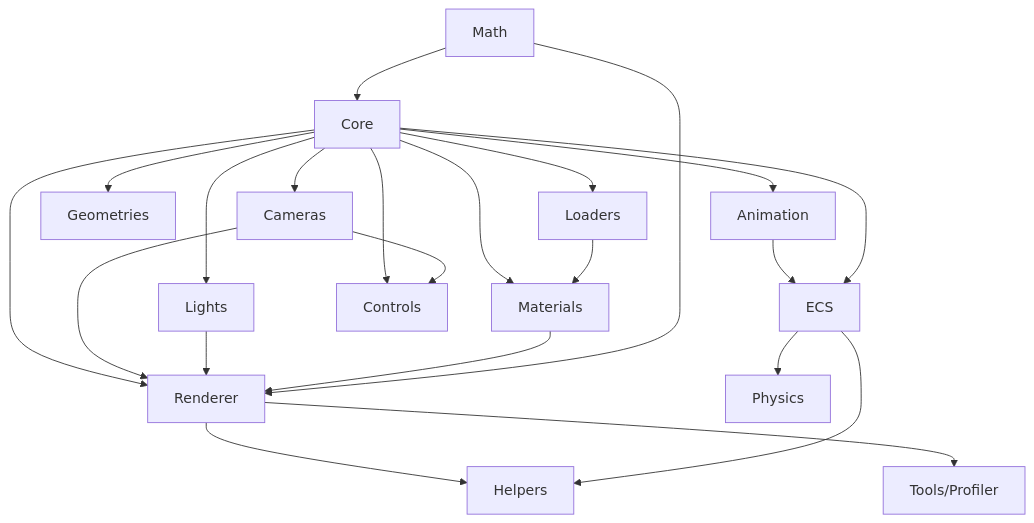
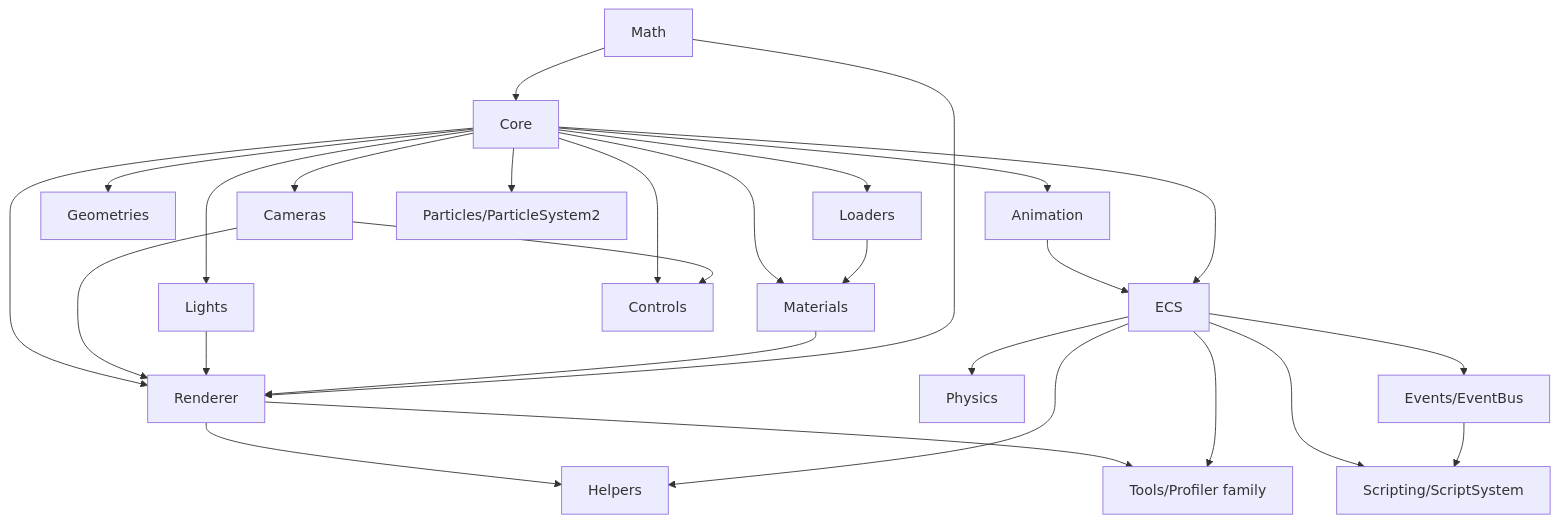
Before and after one commit to toujianjian/vreen: the diagram in ARCHITECTURE.md, drawn with Mermaid. The commit also changed other lines of this file and 21 other files, not shown here.

Commit message:
feat: 导出器(GLTFExporter/OBJExporter/STLExporter/PLYExporter)+性能工具(FrameProfiler/SystemProfiler/MemoryTracker/GpuProfiler/PerformanceReport)+文档更新;1873 tests pass

````diff
--- a/ARCHITECTURE.md
+++ b/ARCHITECTURE.md
@@ -182,24 +188,29 @@
 ```mermaid
 graph TD
     Math[Math] --> Core[Core]
     Core --> Cameras
     Core --> Lights
     Core --> Geometries
     Core --> Materials
     Core --> Renderer
     Cameras --> Renderer
     Lights --> Renderer
     Materials --> Renderer
     Math --> Renderer
     Core --> Loaders
     Loaders --> Materials
     Core --> Animation
     Animation --> ECS
     Core --> ECS
     ECS --> Physics
+    ECS --> Events[Events/EventBus]
+    ECS --> Scripting[Scripting/ScriptSystem]
+    Events --> Scripting
+    Core --> Particles[Particles/ParticleSystem2]
     Renderer --> Helpers
     ECS --> Helpers
     Core --> Controls
     Cameras --> Controls
-    Renderer --> Tools[Tools/Profiler]
+    Renderer --> Tools[Tools/Profiler family]
+    ECS --> Tools
 ```
````
